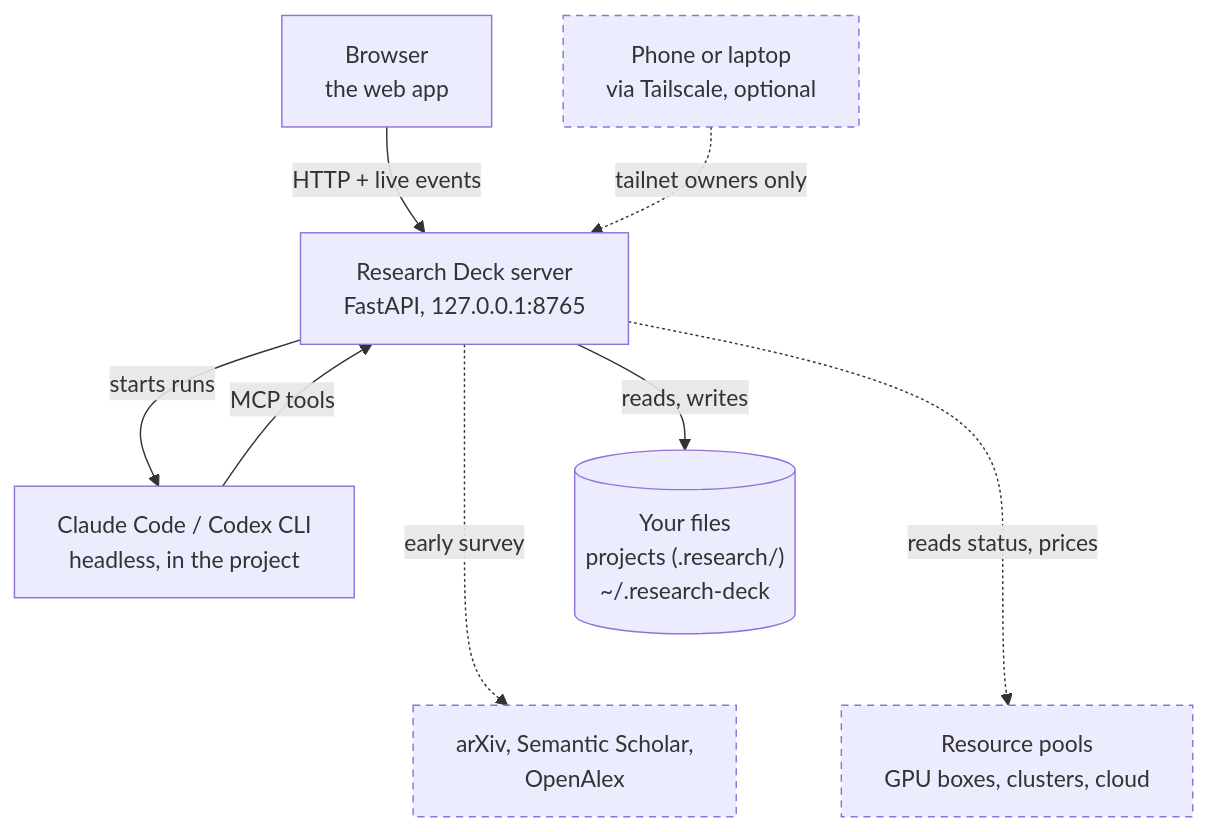
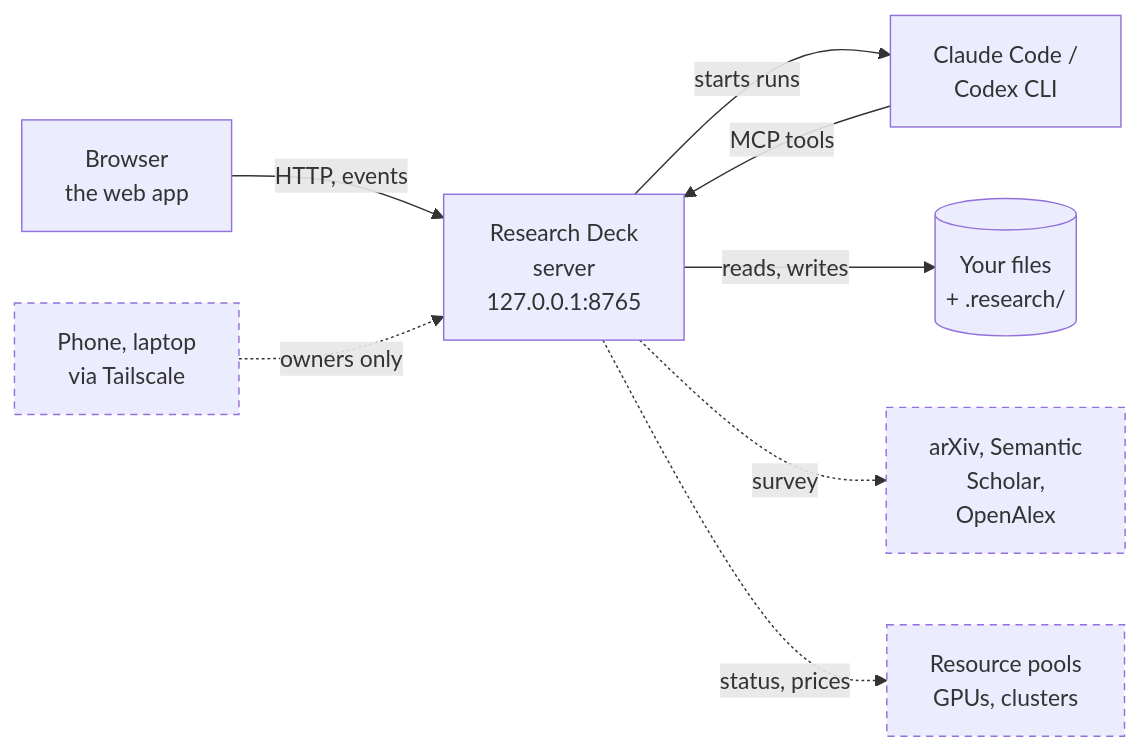
One commit to RickWayne1125/research-deck changed the diagram in README.md. Above: the diagram before and after it, drawn with Mermaid.

Commit message:
README: fit the architecture diagram to GitHub's renderer
GitHub draws Mermaid with its own settings: labels wrap at about 120 px and
its frame shows a little under 600 px of height, so the top-to-bottom version
split "~/.research-deck" across lines and lost its bottom row. Left to right,
with short label lines, it is 921 x 568 and shows whole.

````diff
--- a/README.md
+++ b/README.md
@@ -43,22 +43,20 @@
 ```mermaid
-flowchart TB
+flowchart LR
   browser["Browser<br/>the web app"]
-  remote["Phone or laptop<br/>via Tailscale, optional"]:::outside
-  server["Research Deck server<br/>FastAPI, 127.0.0.1:8765"]
-  agents["Claude Code / Codex CLI<br/>headless, in the project"]
-  files[("Your files<br/>projects (.research/)<br/>~/.research-deck")]
-  survey["arXiv, Semantic Scholar,<br/>OpenAlex"]:::outside
-  pools["Resource pools<br/>GPU boxes, clusters, cloud"]:::outside
+  remote["Phone, laptop<br/>via Tailscale"]:::outside
+  server["Research Deck<br/>server<br/>127.0.0.1:8765"]
+  agents["Claude Code /<br/>Codex CLI"]
+  files[("Your files<br/>+ .research/")]
+  survey["arXiv, Semantic<br/>Scholar,<br/>OpenAlex"]:::outside
+  pools["Resource pools<br/>GPUs, clusters"]:::outside
 
-  browser -- "HTTP + live events" --> server
-  remote -. "tailnet owners only" .-> server
+  browser -- "HTTP, events" --> server
+  remote -. "owners only" .-> server
   server -- "starts runs" --> agents
   agents -- "MCP tools" --> server
   server -- "reads, writes" --> files
-  server -. "early survey" ..-> survey
-  server -. "reads status, prices" ..-> pools
-  files ~~~ survey
-  files ~~~ pools
+  server -. "survey" .-> survey
+  server -. "status, prices" .-> pools
 
   classDef outside stroke-dasharray: 5 4
 ```
````
